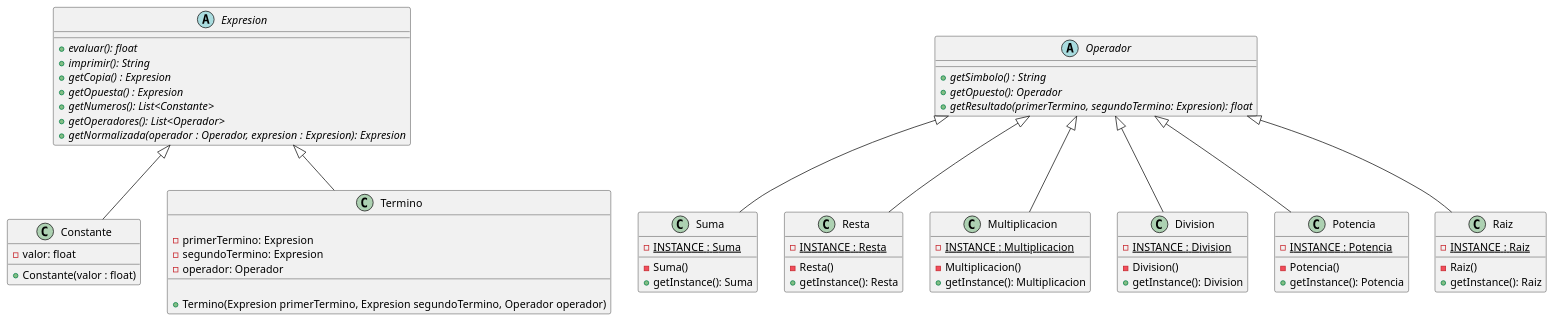
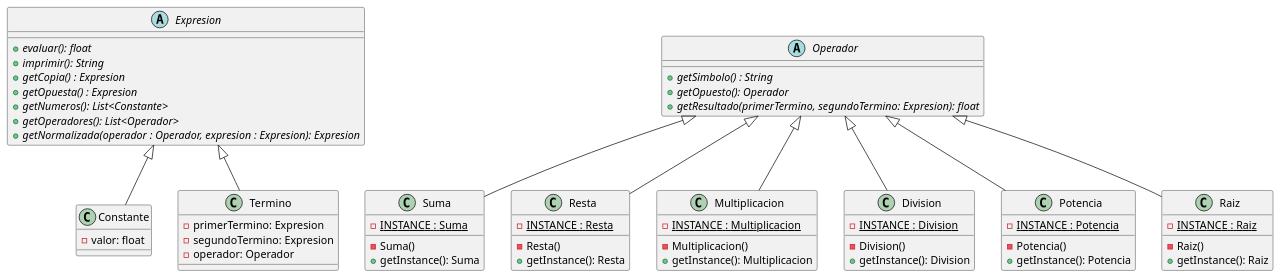
One commit to iroumec/Ingenieria-Software-I changed the diagram in T1/E1/classDiaagram.puml. Above: the diagram before and after it, drawn with PlantUML. The commit also changed 5 other files, not shown here.

```diff
--- a/T1/E1/classDiaagram.puml
+++ b/T1/E1/classDiaagram.puml
@@ -1,77 +1,88 @@
 @startuml T1E1
 
+' Used design pattern: Composite.
 abstract class Expresion {
 	+ {abstract} evaluar(): float
 	+ {abstract} imprimir(): String
 	+ {abstract} getCopia() : Expresion
 	+ {abstract} getOpuesta() : Expresion
     + {abstract} getNumeros(): List<Constante>
 	+ {abstract} getOperadores(): List<Operador>
 	+ {abstract} getNormalizada(operador : Operador, expresion : Expresion): Expresion
 }
 
+' A continuación, los componentes concretos del Composite.
+
 Expresion <|-- Constante
 class Constante {
 	- valor: float
-	+ Constante(valor : float)
 }
-    
+
+' Used design pattern: Template Method.
+' Ya que el método "evaluar()" invoca al método abstracto "getResultado()" de"Operador".
 Expresion <|-- Termino
 class Termino {
-	{field}
 	- primerTermino: Expresion
 	- segundoTermino: Expresion
 	- operador: Operador
-	{method}
-	+ Termino(Expresion primerTermino, Expresion segundoTermino, Operador operador)
 }
-    
+
+' --------------------------------------------------------------------
+
+' Used design pattern: Strategy.
 abstract class Operador {
     + {abstract} getSimbolo() : String
     + {abstract} getOpuesto(): Operador
     + {abstract} getResultado(primerTermino, segundoTermino: Expresion): float
 }
-    
+' La implementación de "getResultado()" concreta el Strategy.
+
+' Used design pattern: Singleton y Factory Method.   
 Operador <|-- Suma
 class Suma {
-    - {field} {static} INSTANCE : Suma
-    - {method} Suma()
-    + {method} getInstance(): Suma
+    - {static} INSTANCE : Suma
+    - Suma()
+    + getInstance(): Suma
 }
-    
+
+' Used design pattern: Singleton y Factory Method.   
 Operador <|-- Resta
 class Resta {
-    - {field} {static} INSTANCE : Resta
-    - {method} Resta()
-    + {method} getInstance(): Resta
+    - {static} INSTANCE : Resta
+    - Resta()
+    + getInstance(): Resta
 }
 
+' Used design pattern: Singleton y Factory Method.   
 Operador <|-- Multiplicacion
 class Multiplicacion {
-	- {field} {static} INSTANCE : Multiplicacion
-    - {method} Multiplicacion()
-    + {method} getInstance(): Multiplicacion
+	- {static} INSTANCE : Multiplicacion
+    - Multiplicacion()
+    + getInstance(): Multiplicacion
 }
-    
+
+' Used design pattern: Singleton y Factory Method.   
 Operador <|-- Division
 class Division {
-    - {field} {static} INSTANCE : Division
-    - {method} Division()
-    + {method} getInstance(): Division
+    - {static} INSTANCE : Division
+    - Division()
+    + getInstance(): Division
 }
 
+' Used design pattern: Singleton y Factory Method.   
 Operador <|-- Potencia
 class Potencia {
-    - {field} {static} INSTANCE : Potencia
-    - {method} Potencia()
-    + {method} getInstance(): Potencia
+    - {static} INSTANCE : Potencia
+    - Potencia()
+    + getInstance(): Potencia
 }
 
+' Used design pattern: Singleton y Factory Method.   
 Operador <|-- Raiz
 class Raiz {
-    - {field} {static} INSTANCE : Raiz
-    - {method} Raiz()
-    + {method} getInstance(): Raiz
+    - {static} INSTANCE : Raiz
+    - Raiz()
+    + getInstance(): Raiz
 }
 
 @enduml
```
